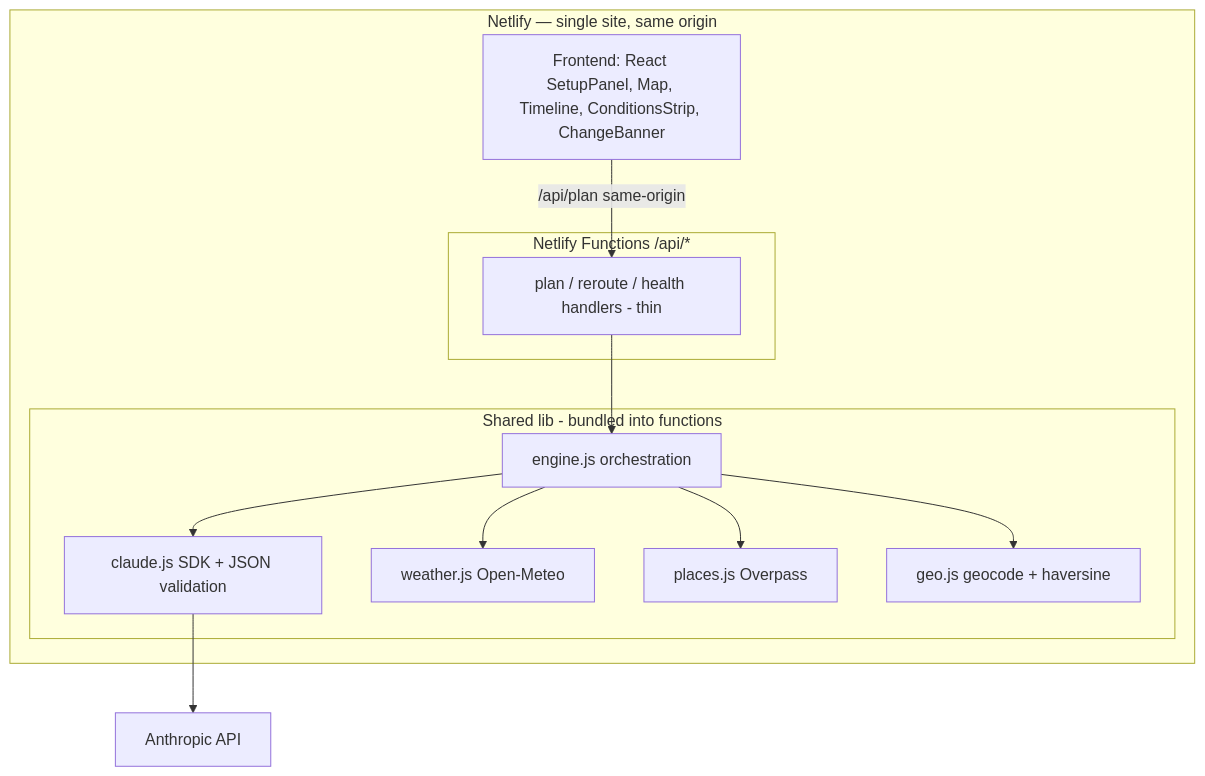
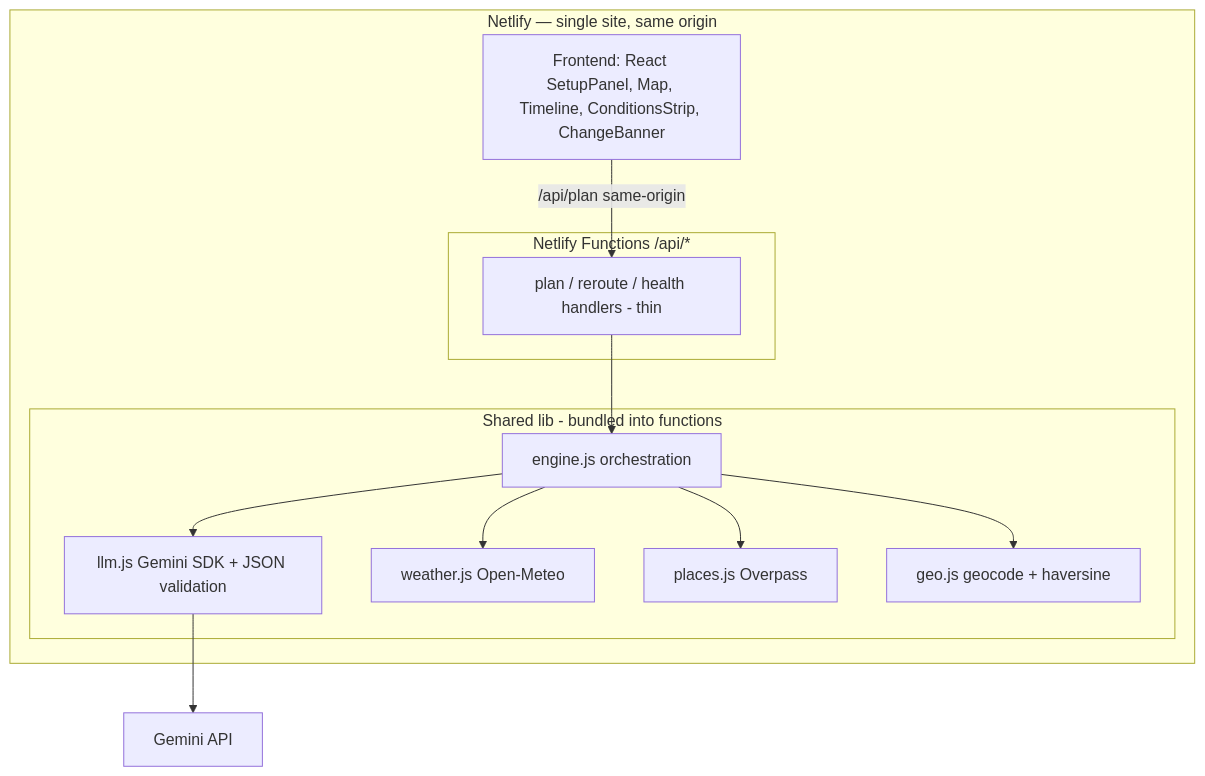
The diagram in Backend.md (Arunzen/PTP_COMP), drawn with Mermaid before and after one commit. The commit also changed other lines of this file and 15 other files, not shown here.

````diff
--- a/Backend.md
+++ b/Backend.md
@@ -22,19 +22,19 @@
 ```mermaid
 flowchart TB
     subgraph Netlify [Netlify — single site, same origin]
       UI[Frontend: React SetupPanel, Map, Timeline, ConditionsStrip, ChangeBanner]
       subgraph Fns [Netlify Functions /api/*]
         H[plan / reroute / health handlers - thin]
       end
       subgraph Lib [Shared lib - bundled into functions]
         E[engine.js orchestration]
-        CL[claude.js SDK + JSON validation]
+        CL[llm.js Gemini SDK + JSON validation]
         W[weather.js Open-Meteo]
         P[places.js Overpass]
         G[geo.js geocode + haversine]
       end
     end
     UI -->|/api/plan same-origin| H --> E
     E --> G & W & P
-    E --> CL --> ANT[Anthropic API]
+    E --> CL --> GEM[Gemini API]
 ```
````
